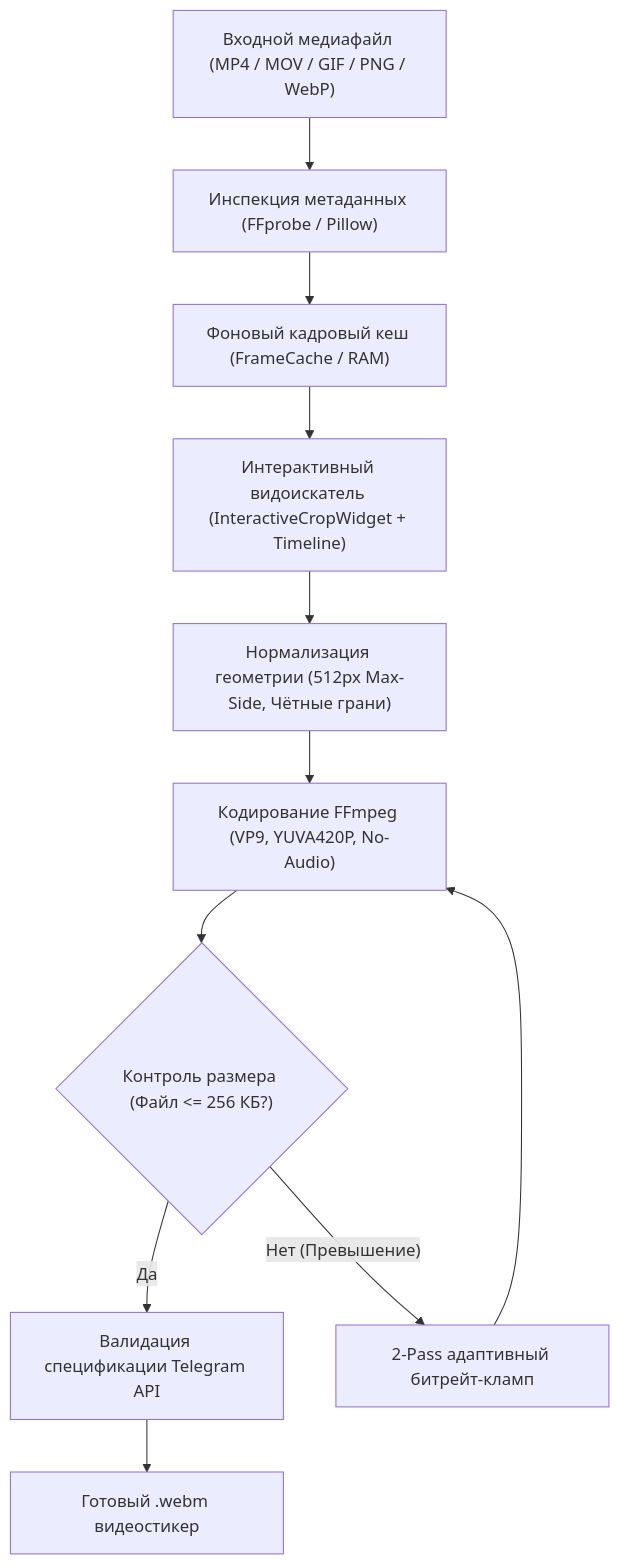
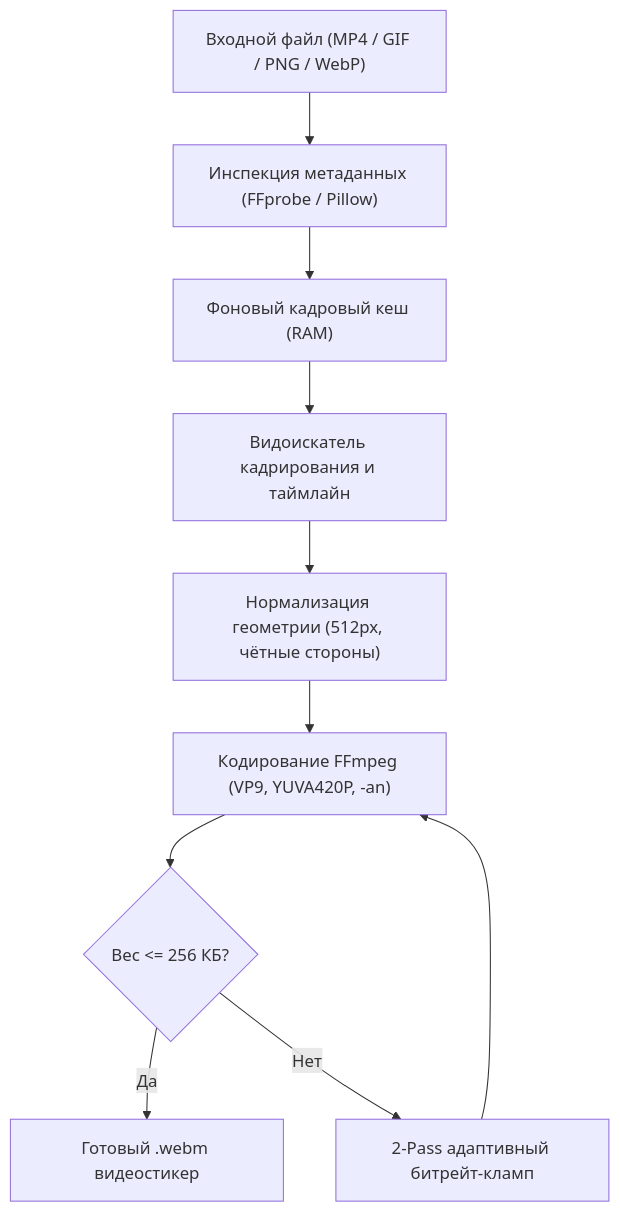
One commit to notsons-git/notaconverter changed the diagram in README.md. Above: the diagram before and after it, drawn with Mermaid. The commit also changed other lines of this file and 86 other files, not shown here.

````diff
--- a/README.md
+++ b/README.md
@@ -207,13 +145,12 @@
 ```mermaid
 flowchart TD
-    A["Входной медиафайл (MP4 / MOV / GIF / PNG / WebP)"] --> B["Инспекция метаданных (FFprobe / Pillow)"]
-    B --> C["Фоновый кадровый кеш (FrameCache / RAM)"]
-    C --> D["Интерактивный видоискатель (InteractiveCropWidget + Timeline)"]
-    D --> E["Нормализация геометрии (512px Max-Side, Чётные грани)"]
-    E --> F["Кодирование FFmpeg (VP9, YUVA420P, No-Audio)"]
-    F --> G{"Контроль размера (Файл <= 256 КБ?)"}
-    G -- "Да" --> H["Валидация спецификации Telegram API"]
-    G -- "Нет (Превышение)" --> I["2-Pass адаптивный битрейт-кламп"]
+    A["Входной файл (MP4 / GIF / PNG / WebP)"] --> B["Инспекция метаданных (FFprobe / Pillow)"]
+    B --> C["Фоновый кадровый кеш (RAM)"]
+    C --> D["Видоискатель кадрирования и таймлайн"]
+    D --> E["Нормализация геометрии (512px, чётные стороны)"]
+    E --> F["Кодирование FFmpeg (VP9, YUVA420P, -an)"]
+    F --> G{"Вес <= 256 КБ?"}
+    G -- "Да" --> H["Готовый .webm видеостикер"]
+    G -- "Нет" --> I["2-Pass адаптивный битрейт-кламп"]
     I --> F
-    H --> J["Готовый .webm видеостикер"]
 ```
````
